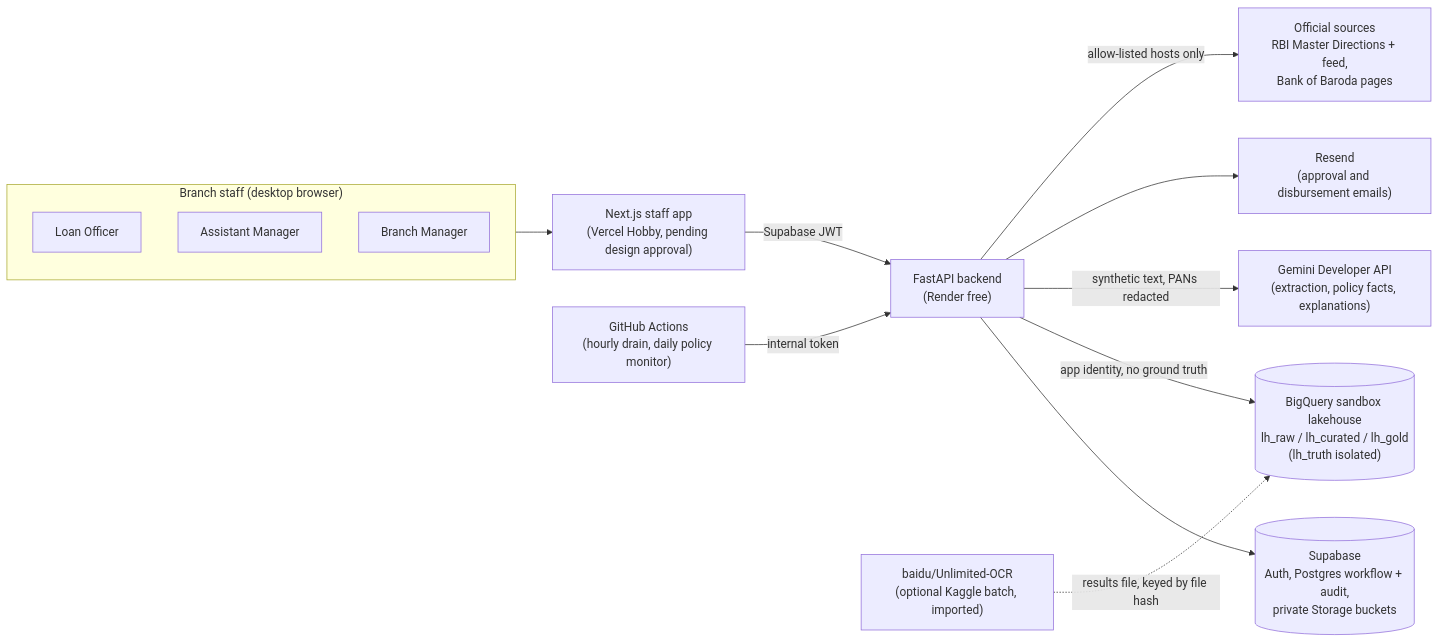
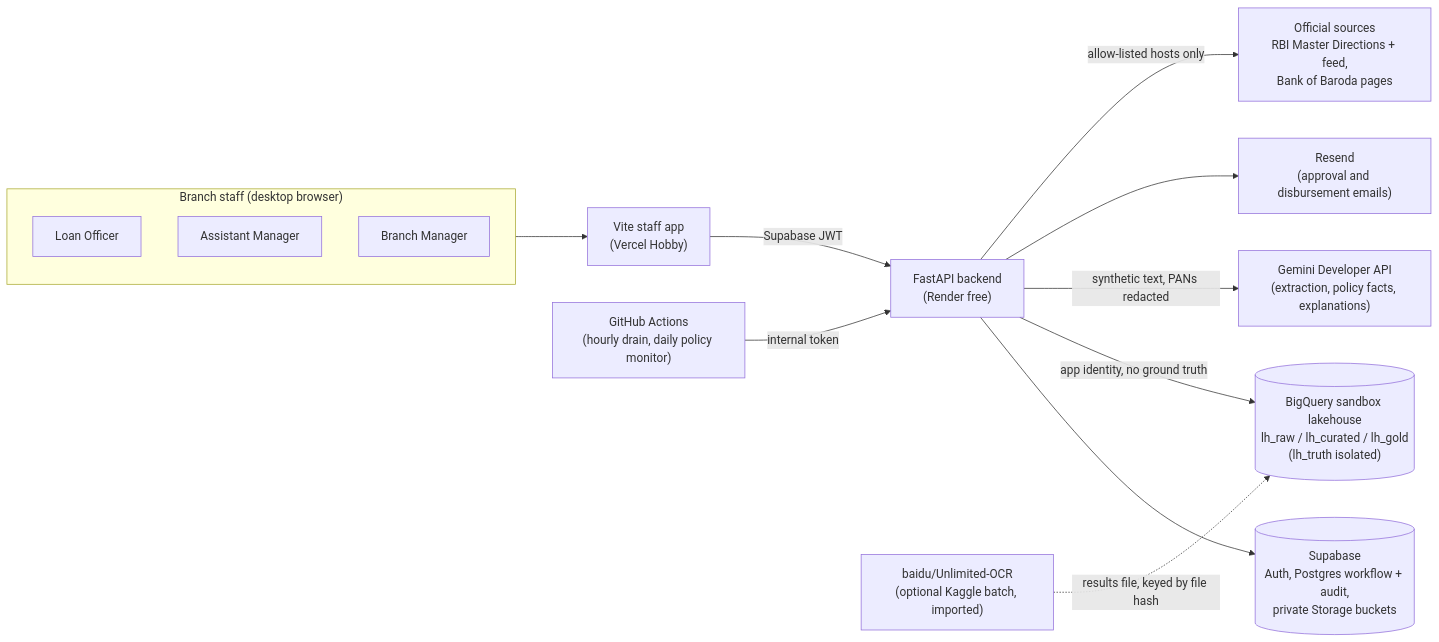
One commit to fbivinay/BOB-Agentic-Loan-Approval-Demo changed the first of 5 diagrams in docs/ARCHITECTURE.md. Above: the diagram before and after it, drawn with Mermaid. The commit also changed 9 other files, not shown here.

First line of the commit message:
Frontend: public approach, architecture, about, FAQ and contact pages

````diff
--- a/docs/ARCHITECTURE.md
+++ b/docs/ARCHITECTURE.md
@@ -7,26 +7,26 @@
 ```mermaid
 flowchart LR
   subgraph Staff["Branch staff (desktop browser)"]
     LO[Loan Officer]
     AM[Assistant Manager]
     BM[Branch Manager]
   end
-  FE["Next.js staff app<br/>(Vercel Hobby, pending design approval)"]
+  FE["Vite staff app<br/>(Vercel Hobby)"]
   API["FastAPI backend<br/>(Render free)"]
   SB[("Supabase<br/>Auth, Postgres workflow + audit,<br/>private Storage buckets")]
   BQ[("BigQuery sandbox lakehouse<br/>lh_raw / lh_curated / lh_gold<br/>(lh_truth isolated)")]
   GEM["Gemini Developer API<br/>(extraction, policy facts, explanations)"]
   RS["Resend<br/>(approval and disbursement emails)"]
   GHA["GitHub Actions<br/>(hourly drain, daily policy monitor)"]
   SRC["Official sources<br/>RBI Master Directions + feed,<br/>Bank of Baroda pages"]
   OCR["baidu/Unlimited-OCR<br/>(optional Kaggle batch, imported)"]
 
   Staff --> FE -->|Supabase JWT| API
   API --> SB
   API -->|app identity, no ground truth| BQ
   API -->|synthetic text, PANs redacted| GEM
   API --> RS
   GHA -->|internal token| API
   API -->|allow-listed hosts only| SRC
   OCR -.->|results file, keyed by file hash| BQ
 ```
````
